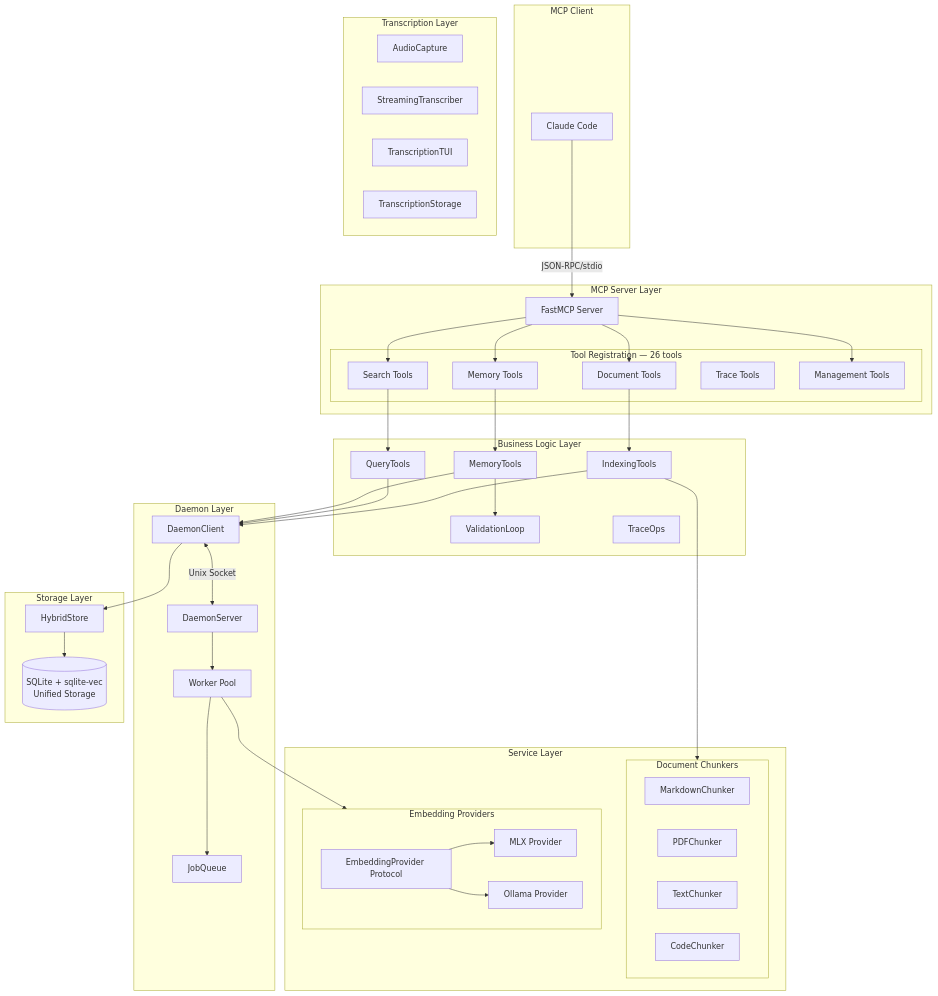
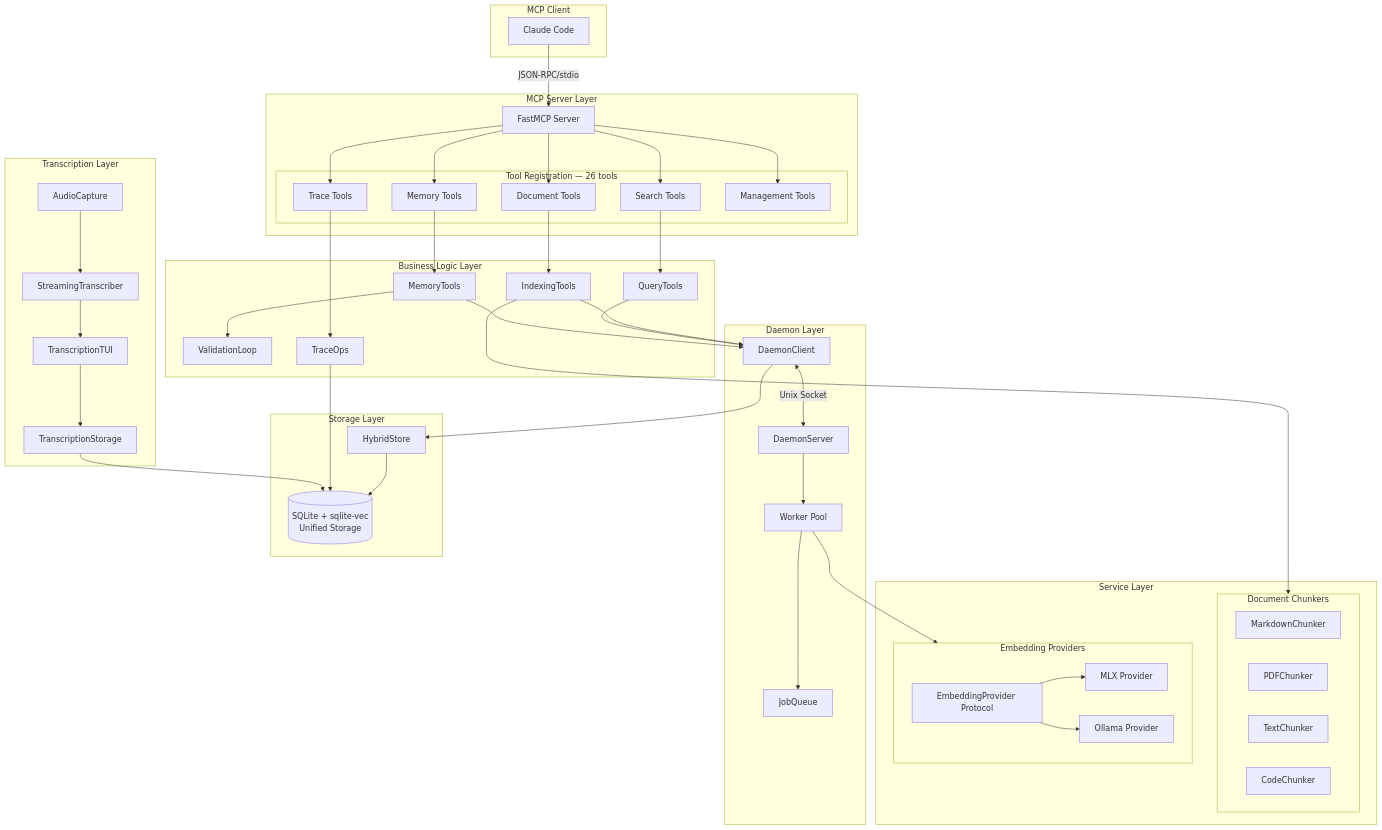
Before and after one commit to blueman82/theo: the diagram in docs/architecture.md, drawn with Mermaid.

Commit message:
Update documentation: architecture.md via Edit [2026-02-08 11:35]

````diff
--- a/docs/architecture.md
+++ b/docs/architecture.md
@@ -165,11 +165,12 @@
     end
 
     CC -->|JSON-RPC/stdio| FM
-    FM --> DT & ST & MT & MGT
+    FM --> DT & ST & MT & TRT & MGT
     DT --> IT
     ST --> QT
     MT --> MTools
     MTools --> VL
+    TRT --> TR
 
     IT --> DC
     QT --> DC
@@ -185,4 +186,10 @@
 
     DC --> HS
     HS --> SQL
+    TR --> SQL
+
+    AC --> STR
+    STR --> TUI
+    TUI --> TS
+    TS --> SQL
 ```
````
